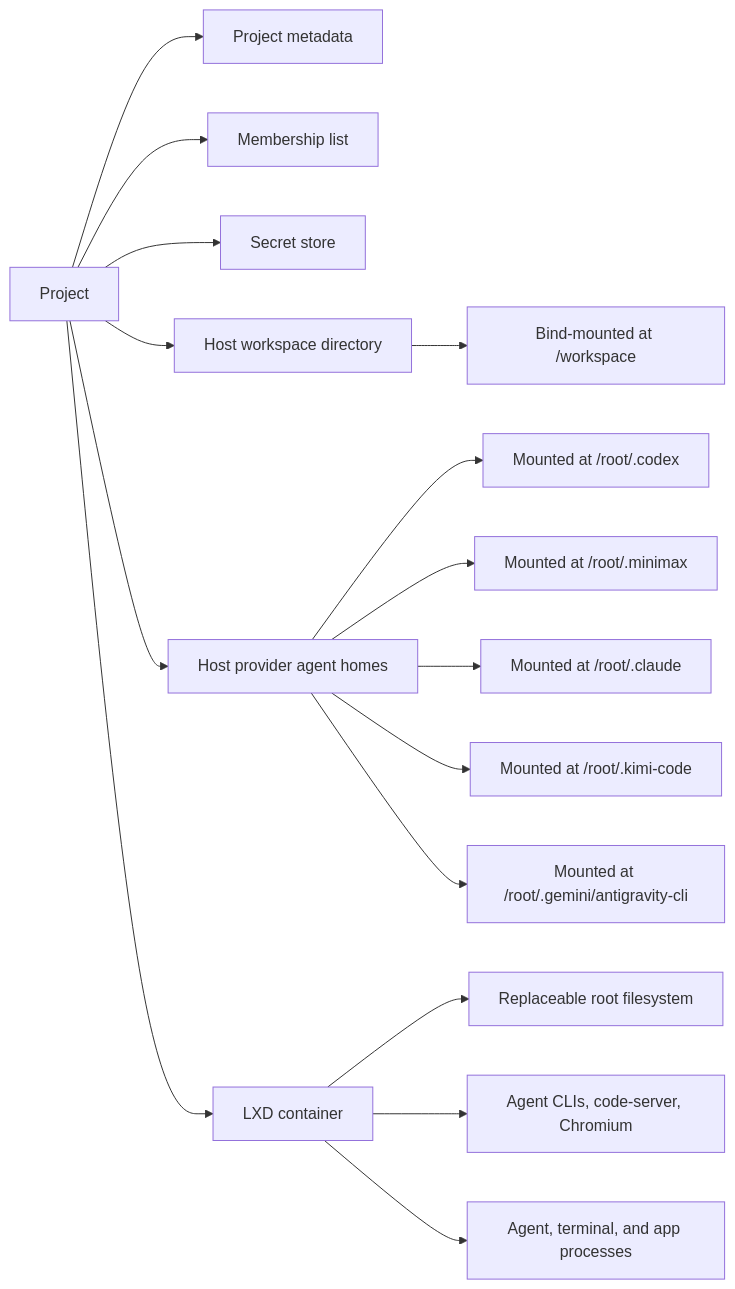
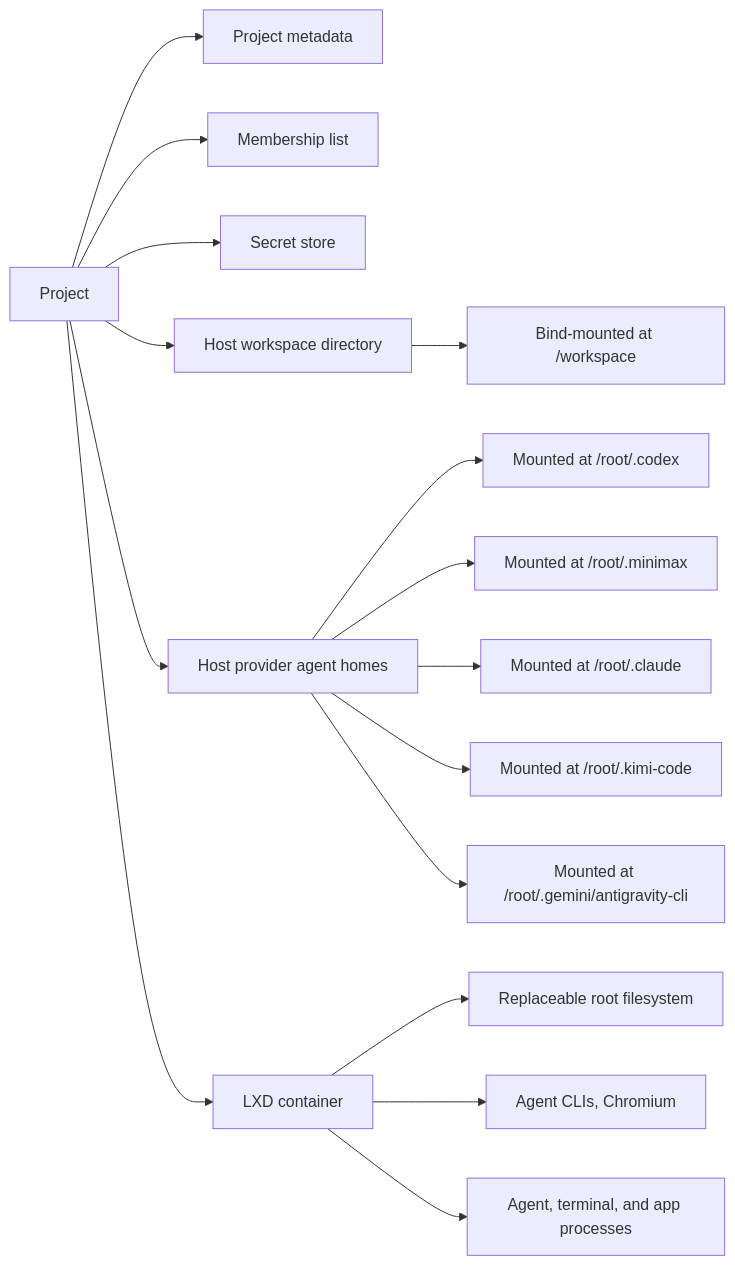
Before and after one commit to Ahmedwaleed22/remote.futrx: the second of 5 diagrams in docs/02-workspaces/03-projects-and-containers.md, drawn with Mermaid. The commit also changed other lines of this file and 51 other files, not shown here.

Commit message:
feat: make Code Server an optional project application

````diff
--- a/docs/02-workspaces/03-projects-and-containers.md
+++ b/docs/02-workspaces/03-projects-and-containers.md
@@ -38,19 +38,19 @@
 ```mermaid
 flowchart LR
     Project["Project"] --> Meta["Project metadata"]
     Project --> Access["Membership list"]
     Project --> Secrets["Secret store"]
     Project --> Workspace["Host workspace directory"]
     Project --> Homes["Host provider agent homes"]
     Project --> Container["LXD container"]
 
     Workspace --> Mount["Bind-mounted at /workspace"]
     Homes --> Codex["Mounted at /root/.codex"]
     Homes --> MiniMax["Mounted at /root/.minimax"]
     Homes --> Claude["Mounted at /root/.claude"]
     Homes --> Kimi["Mounted at /root/.kimi-code"]
     Homes --> Antigravity["Mounted at /root/.gemini/antigravity-cli"]
     Container --> RootFS["Replaceable root filesystem"]
-    Container --> Tools["Agent CLIs, code-server, Chromium"]
+    Container --> Tools["Agent CLIs, Chromium"]
     Container --> Processes["Agent, terminal, and app processes"]
 ```
````
